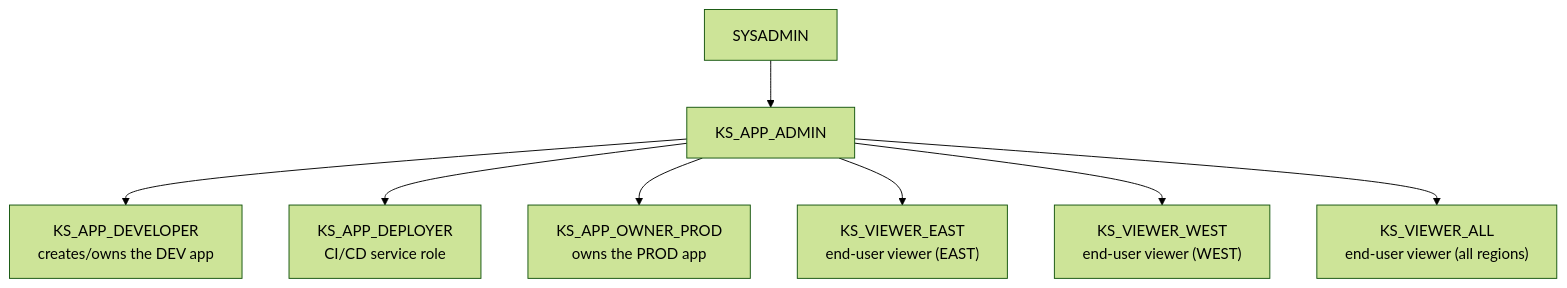
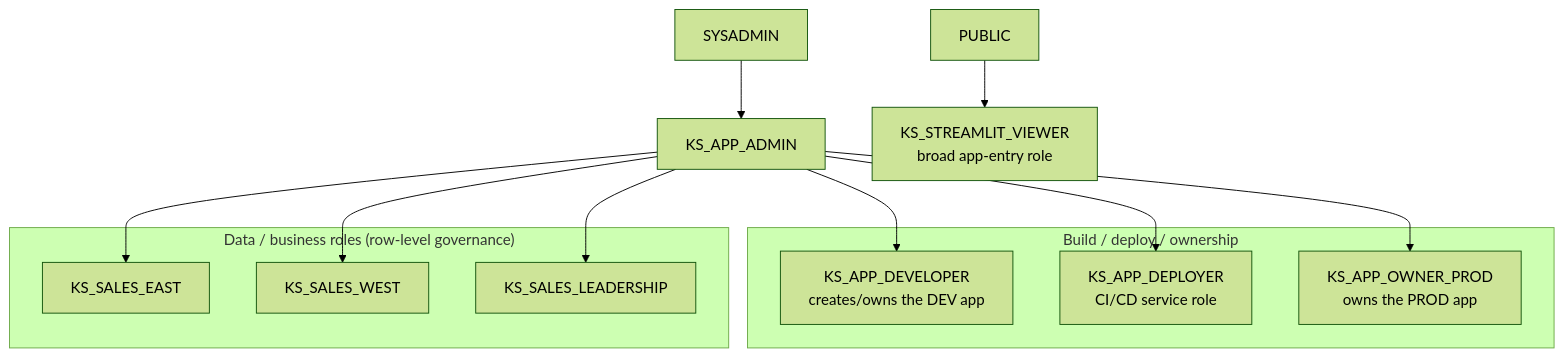
Before and after one commit to sfc-gh-rdominguez/streamlit-kitchen-sink: the diagram in docs/01-rbac.md, drawn with Mermaid (forest theme). The commit also changed other lines of this file, not shown here.

First line of the commit message:
docs: rewrite RBAC guide for two-layer access/data model

````diff
--- a/docs/01-rbac.md
+++ b/docs/01-rbac.md
@@ -10,10 +13,25 @@
 ```mermaid
 graph TD
     SYSADMIN --> KS_APP_ADMIN
-    KS_APP_ADMIN --> KS_APP_DEVELOPER["KS_APP_DEVELOPER<br/>creates/owns the DEV app"]
-    KS_APP_ADMIN --> KS_APP_DEPLOYER["KS_APP_DEPLOYER<br/>CI/CD service role"]
-    KS_APP_ADMIN --> KS_APP_OWNER_PROD["KS_APP_OWNER_PROD<br/>owns the PROD app"]
-    KS_APP_ADMIN --> KS_VIEWER_EAST["KS_VIEWER_EAST<br/>end-user viewer (EAST)"]
-    KS_APP_ADMIN --> KS_VIEWER_WEST["KS_VIEWER_WEST<br/>end-user viewer (WEST)"]
-    KS_APP_ADMIN --> KS_VIEWER_ALL["KS_VIEWER_ALL<br/>end-user viewer (all regions)"]
+
+    subgraph build["Build / deploy / ownership"]
+        KS_APP_DEVELOPER["KS_APP_DEVELOPER<br/>creates/owns the DEV app"]
+        KS_APP_DEPLOYER["KS_APP_DEPLOYER<br/>CI/CD service role"]
+        KS_APP_OWNER_PROD["KS_APP_OWNER_PROD<br/>owns the PROD app"]
+    end
+
+    subgraph data["Data / business roles (row-level governance)"]
+        KS_SALES_EAST["KS_SALES_EAST"]
+        KS_SALES_WEST["KS_SALES_WEST"]
+        KS_SALES_LEADERSHIP["KS_SALES_LEADERSHIP"]
+    end
+
+    KS_APP_ADMIN --> KS_APP_DEVELOPER
+    KS_APP_ADMIN --> KS_APP_DEPLOYER
+    KS_APP_ADMIN --> KS_APP_OWNER_PROD
+    KS_APP_ADMIN --> KS_SALES_EAST
+    KS_APP_ADMIN --> KS_SALES_WEST
+    KS_APP_ADMIN --> KS_SALES_LEADERSHIP
+
+    PUBLIC --> KS_STREAMLIT_VIEWER["KS_STREAMLIT_VIEWER<br/>broad app-entry role"]
 ```
````
